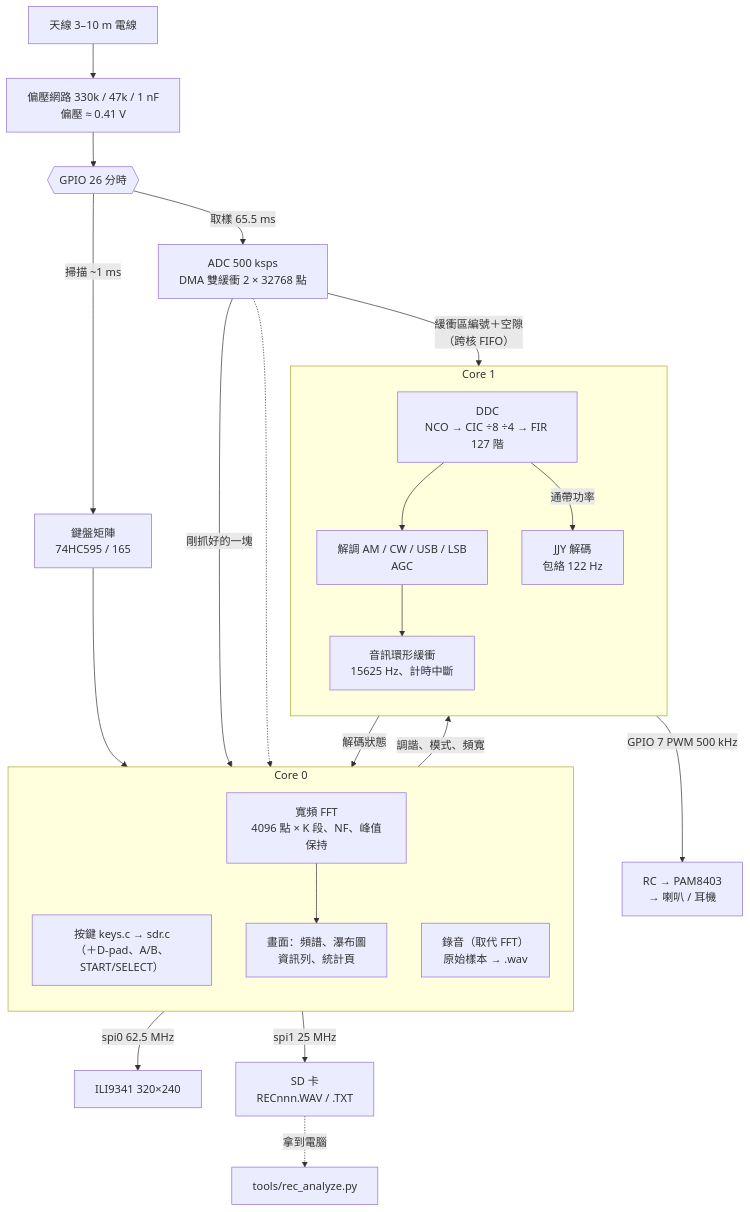
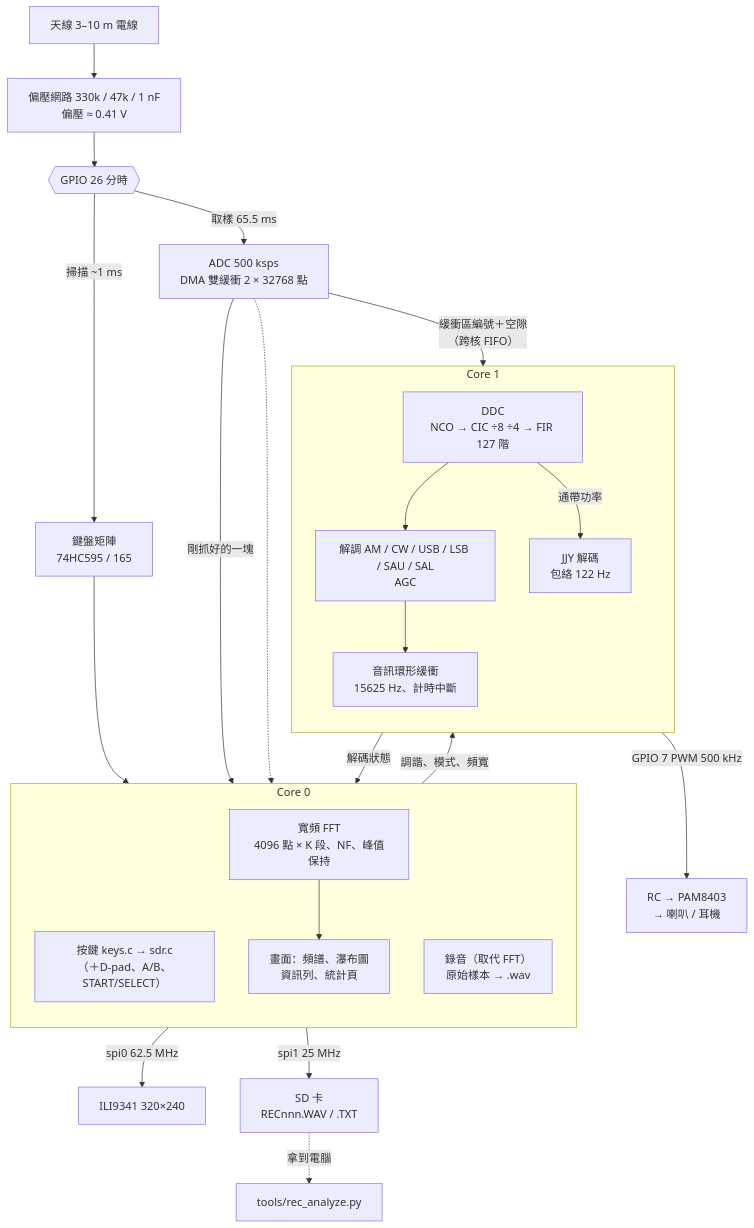
The diagram in README.md (pondahai/rp2040-retro-sdr), drawn with Mermaid before and after one commit. The commit also changed other lines of this file and 1 other file, not shown here.

Commit message:
README／DESIGN：補上 SAU／SAL 同步 AM 模式

````diff
--- a/README.md
+++ b/README.md
@@ -33,38 +33,38 @@
 ```mermaid
 flowchart TB
     ANT["天線 3–10 m 電線"] --> BIAS["偏壓網路 330k / 47k / 1 nF<br/>偏壓 ≈ 0.41 V"]
     BIAS --> G26{{"GPIO 26 分時"}}
     G26 -- "取樣 65.5 ms" --> ADC["ADC 500 ksps<br/>DMA 雙緩衝 2 × 32768 點"]
     G26 -- "掃描 ~1 ms" --> KBD["鍵盤矩陣<br/>74HC595 / 165"]
 
     subgraph CORE0["Core 0"]
         direction TB
         KEYS["按鍵 keys.c → sdr.c<br/>（＋D-pad、A/B、START/SELECT）"]
         FFT["寬頻 FFT<br/>4096 點 × K 段、NF、峰值保持"]
         REC["錄音（取代 FFT）<br/>原始樣本 → .wav"]
         UI["畫面：頻譜、瀑布圖<br/>資訊列、統計頁"]
     end
 
     subgraph CORE1["Core 1"]
         direction TB
         DDC["DDC<br/>NCO → CIC ÷8 ÷4 → FIR 127 階"]
-        DEM["解調 AM / CW / USB / LSB<br/>AGC"]
+        DEM["解調 AM / CW / USB / LSB / SAU / SAL<br/>AGC"]
         JJY["JJY 解碼<br/>包絡 122 Hz"]
         AUD["音訊環形緩衝<br/>15625 Hz、計時中斷"]
     end
 
     KBD --> KEYS
     ADC -- "剛抓好的一塊" --> FFT
     ADC -.-> REC
     ADC -- "緩衝區編號＋空隙<br/>（跨核 FIFO）" --> DDC
     KEYS -- "調諧、模式、頻寬" --> DDC
     FFT --> UI
     DDC --> DEM --> AUD
     DDC -- "通帶功率" --> JJY
     JJY -- "解碼狀態" --> UI
 
     UI -- "spi0 62.5 MHz" --> LCD["ILI9341 320×240"]
     REC -- "spi1 25 MHz" --> SD["SD 卡<br/>RECnnn.WAV / .TXT"]
     AUD -- "GPIO 7 PWM 500 kHz" --> AMP["RC → PAM8403<br/>→ 喇叭 / 耳機"]
     SD -. "拿到電腦" .-> PC["tools/rec_analyze.py"]
 ```
````
